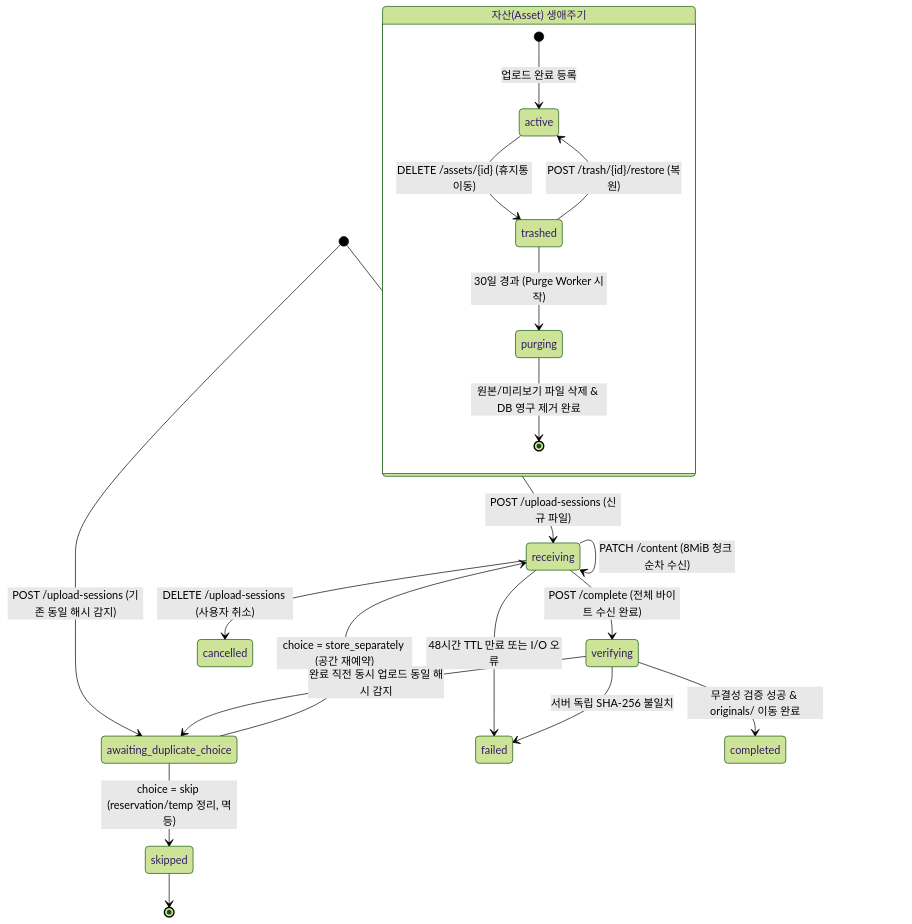
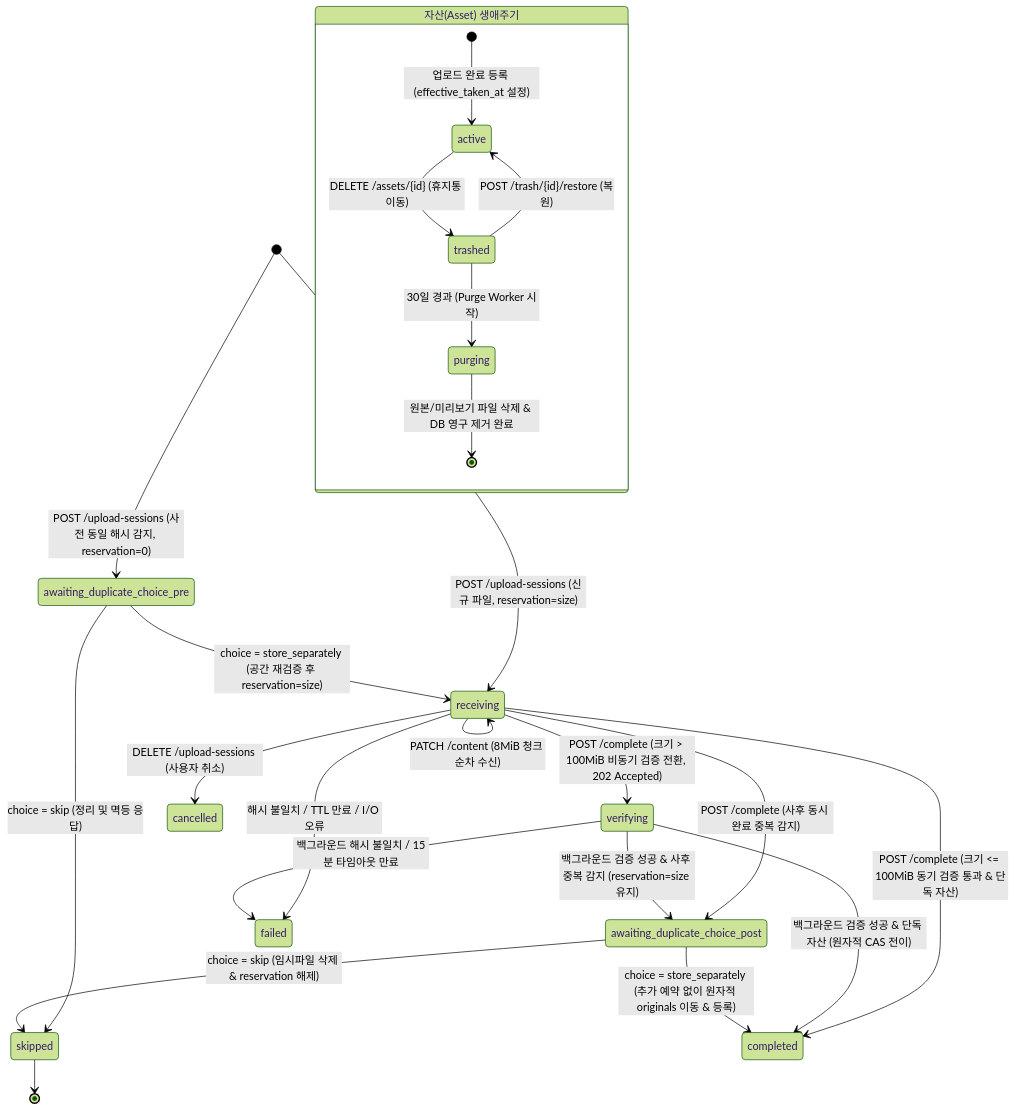
Before and after one commit to upple/design-docs: the third of 5 diagrams in photo-backup/ARCHITECTURE.md, drawn with Mermaid (forest theme). The commit also changed other lines of this file and 3 other files, not shown here.

First line of the commit message:
docs(photo-backup): integrate R13-R19 architecture revisions from deep external review

````diff
--- a/photo-backup/ARCHITECTURE.md
+++ b/photo-backup/ARCHITECTURE.md
@@ -223,26 +223,31 @@
 ```mermaid
 stateDiagram-v2
-    [*] --> receiving: POST /upload-sessions (신규 파일)
-    [*] --> awaiting_duplicate_choice: POST /upload-sessions (기존 동일 해시 감지)
+    [*] --> receiving: POST /upload-sessions (신규 파일, reservation=size)
+    [*] --> awaiting_duplicate_choice_pre: POST /upload-sessions (사전 동일 해시 감지, reservation=0)
 
-    awaiting_duplicate_choice --> skipped: choice = skip (reservation/temp 정리, 멱등)
-    awaiting_duplicate_choice --> receiving: choice = store_separately (공간 재예약)
+    awaiting_duplicate_choice_pre --> skipped: choice = skip (정리 및 멱등 응답)
+    awaiting_duplicate_choice_pre --> receiving: choice = store_separately (공간 재검증 후 reservation=size)
     skipped --> [*]
 
     receiving --> receiving: PATCH /content (8MiB 청크 순차 수신)
-    receiving --> verifying: POST /complete (전체 바이트 수신 완료)
+    receiving --> verifying: POST /complete (크기 > 100MiB 비동기 검증 전환, 202 Accepted)
+    receiving --> completed: POST /complete (크기 <= 100MiB 동기 검증 통과 & 단독 자산)
+    receiving --> awaiting_duplicate_choice_post: POST /complete (사후 동시 완료 중복 감지)
     receiving --> cancelled: DELETE /upload-sessions (사용자 취소)
-    receiving --> failed: 48시간 TTL 만료 또는 I/O 오류
+    receiving --> failed: 해시 불일치 / TTL 만료 / I/O 오류
 
-    verifying --> awaiting_duplicate_choice: 완료 직전 동시 업로드 동일 해시 감지
-    verifying --> failed: 서버 독립 SHA-256 불일치
-    verifying --> completed: 무결성 검증 성공 & originals/ 이동 완료
+    verifying --> completed: 백그라운드 검증 성공 & 단독 자산 (원자적 CAS 전이)
+    verifying --> awaiting_duplicate_choice_post: 백그라운드 검증 성공 & 사후 중복 감지 (reservation=size 유지)
+    verifying --> failed: 백그라운드 해시 불일치 / 15분 타임아웃 만료
+
+    awaiting_duplicate_choice_post --> skipped: choice = skip (임시파일 삭제 & reservation 해제)
+    awaiting_duplicate_choice_post --> completed: choice = store_separately (추가 예약 없이 원자적 originals 이동 & 등록)
 
     state "자산(Asset) 생애주기" as AssetLifecycle {
-        [*] --> active: 업로드 완료 등록
+        [*] --> active: 업로드 완료 등록 (effective_taken_at 설정)
         active --> trashed: DELETE /assets/{id} (휴지통 이동)
         trashed --> active: POST /trash/{id}/restore (복원)
         trashed --> purging: 30일 경과 (Purge Worker 시작)
         purging --> [*]: 원본/미리보기 파일 삭제 & DB 영구 제거 완료
     }
 ```
````
